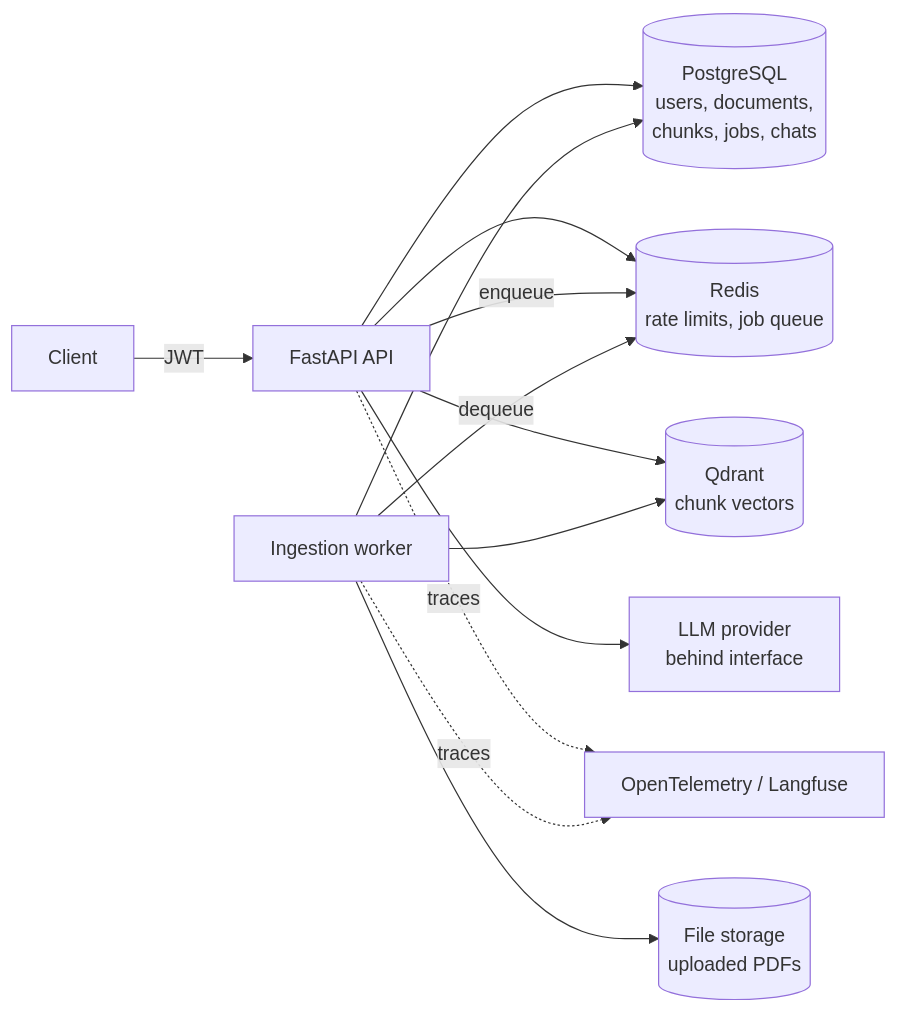
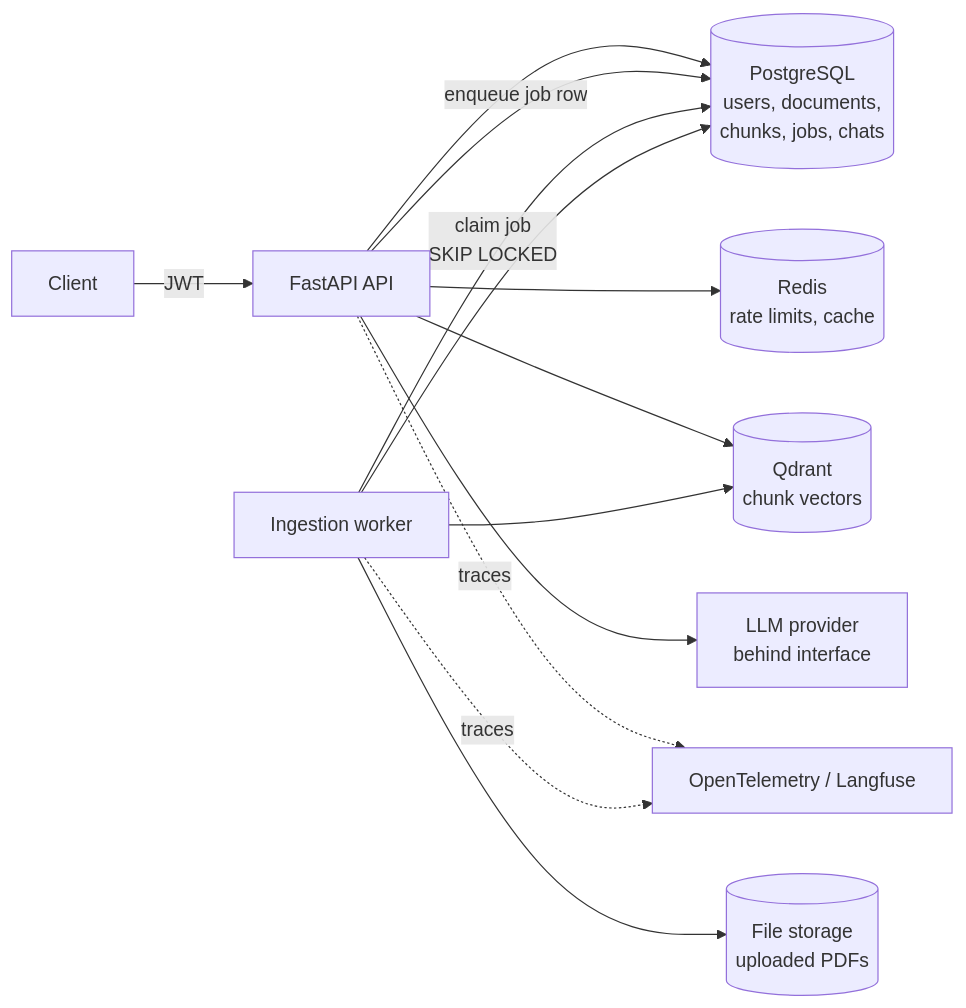
Before and after one commit to naemuenggar/nexaRAG: the diagram in docs/architecture.md, drawn with Mermaid. The commit also changed other lines of this file and 43 other files, not shown here.

````diff
--- a/docs/architecture.md
+++ b/docs/architecture.md
@@ -19,15 +19,15 @@
 ```mermaid
 flowchart LR
     client[Client] -->|JWT| api[FastAPI API]
     api --> pg[(PostgreSQL<br/>users, documents,<br/>chunks, jobs, chats)]
-    api --> redis[(Redis<br/>rate limits, job queue)]
+    api --> redis[(Redis<br/>rate limits, cache)]
     api --> qdrant[(Qdrant<br/>chunk vectors)]
-    api -->|enqueue| redis
-    worker[Ingestion worker] -->|dequeue| redis
+    api -->|enqueue job row| pg
+    worker[Ingestion worker] -->|claim job<br/>SKIP LOCKED| pg
     worker --> store[(File storage<br/>uploaded PDFs)]
     worker --> pg
     worker --> qdrant
     api --> llm[LLM provider<br/>behind interface]
     api -. traces .-> otel[OpenTelemetry / Langfuse]
     worker -. traces .-> otel
 ```
````
